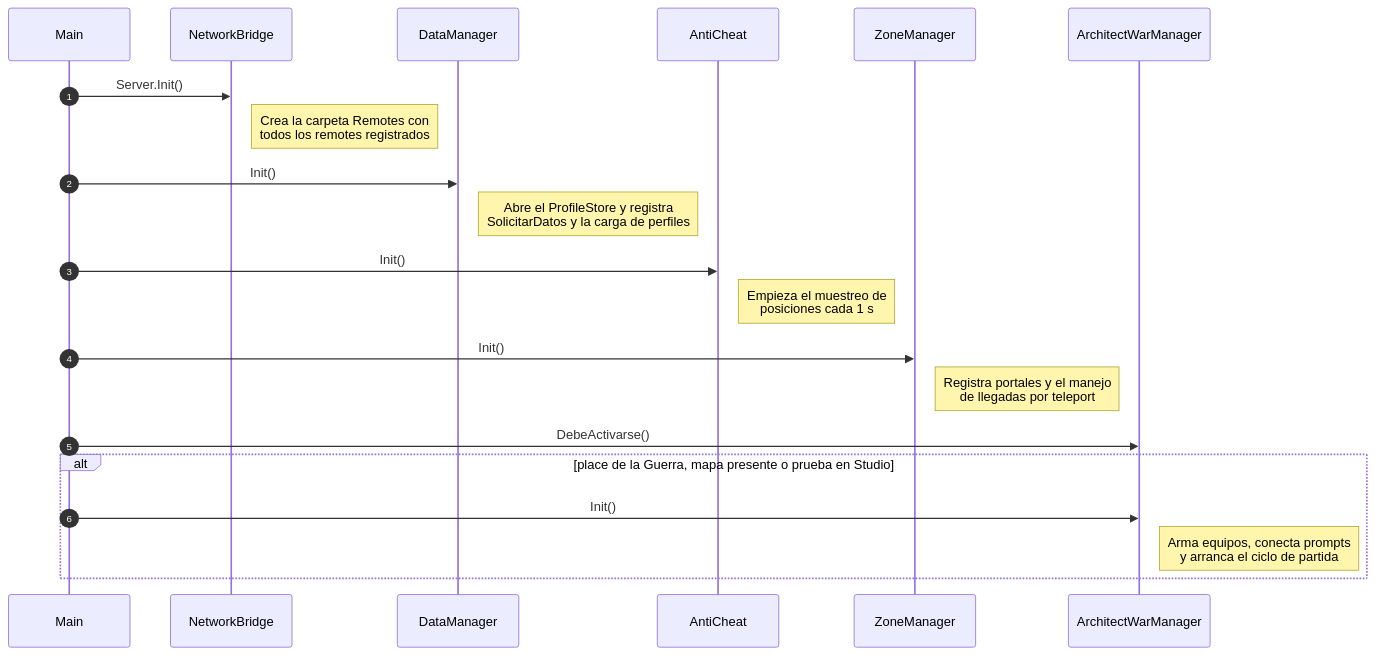
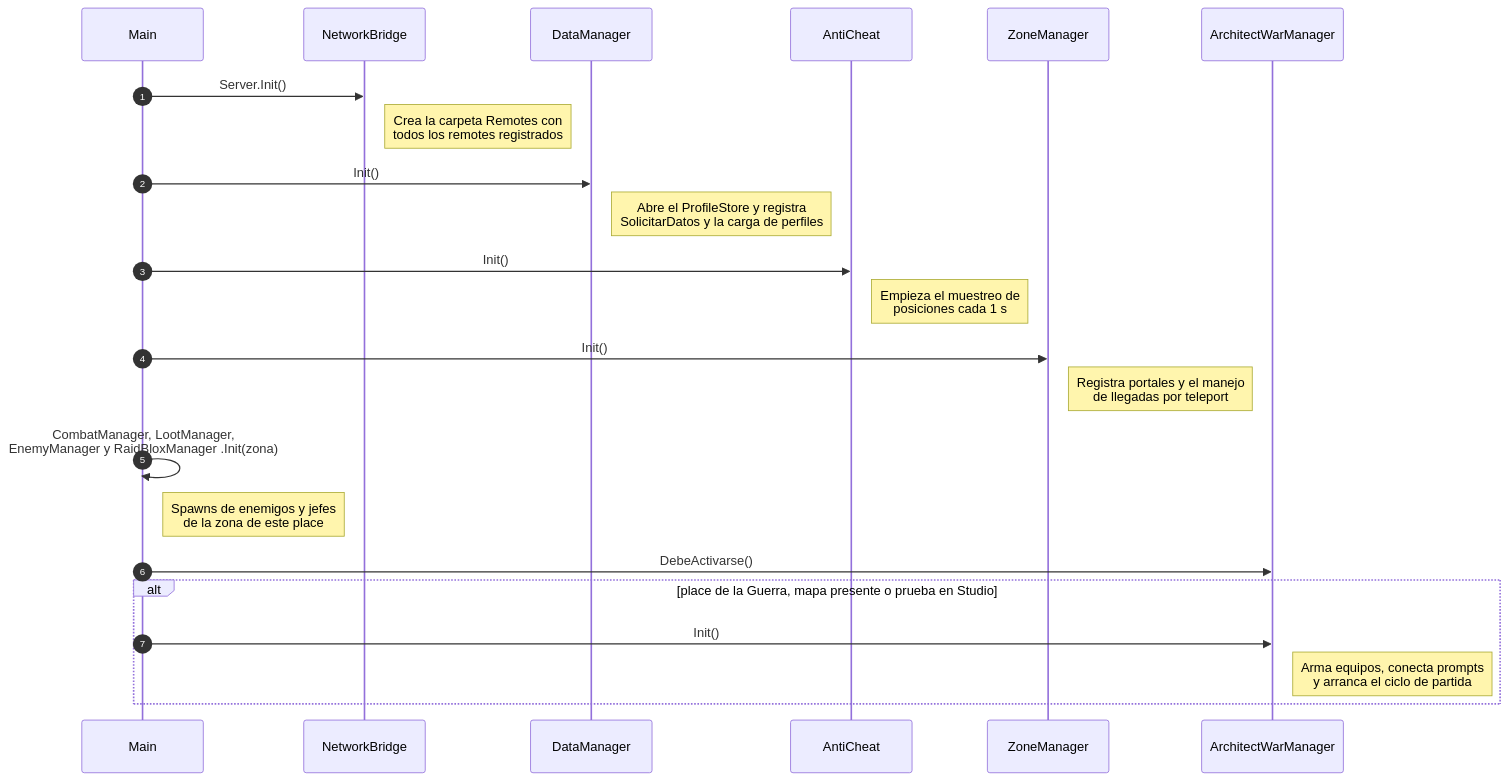
The second of 2 diagrams in docs/arquitectura.md (vonvivant/raidblox), drawn with Mermaid before and after one commit. The commit also changed other lines of this file and 4 other files, not shown here.

First line of the commit message:
docs: documentación de combate con diagramas

````diff
--- a/docs/arquitectura.md
+++ b/docs/arquitectura.md
@@ -122,24 +151,26 @@
 ```mermaid
 sequenceDiagram
     autonumber
     participant M as Main
     participant NB as NetworkBridge
     participant DM as DataManager
     participant AC as AntiCheat
     participant ZM as ZoneManager
     participant AW as ArchitectWarManager
 
     M->>NB: Server.Init()
     Note right of NB: Crea la carpeta Remotes con<br/>todos los remotes registrados
     M->>DM: Init()
     Note right of DM: Abre el ProfileStore y registra<br/>SolicitarDatos y la carga de perfiles
     M->>AC: Init()
     Note right of AC: Empieza el muestreo de<br/>posiciones cada 1 s
     M->>ZM: Init()
     Note right of ZM: Registra portales y el manejo<br/>de llegadas por teleport
+    M->>M: CombatManager, LootManager,<br/>EnemyManager y RaidBloxManager .Init(zona)
+    Note right of M: Spawns de enemigos y jefes<br/>de la zona de este place
     M->>AW: DebeActivarse()
     alt place de la Guerra, mapa presente o prueba en Studio
         M->>AW: Init()
         Note right of AW: Arma equipos, conecta prompts<br/>y arranca el ciclo de partida
     end
 ```
````
